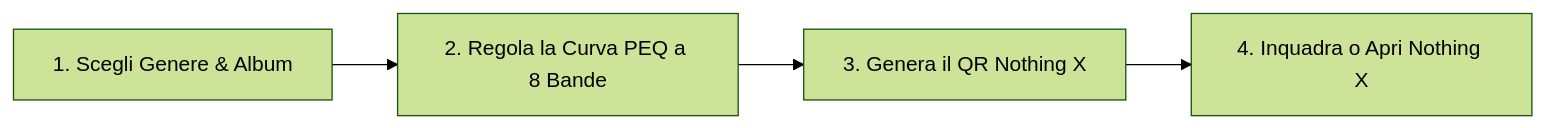
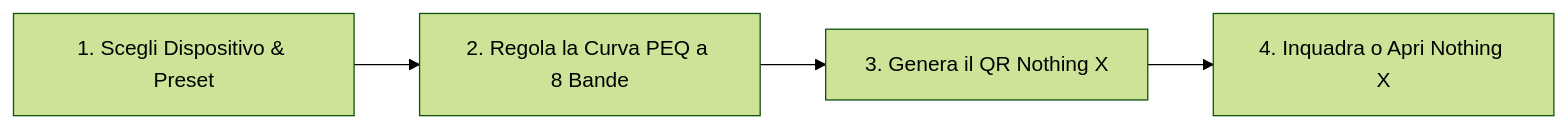
Before and after one commit to sokkaUmB/sound-studio-1-pro: the diagram in README.it.md, drawn with Mermaid (forest theme). The commit also changed other lines of this file and 5 other files, not shown here.

````diff
--- a/README.it.md
+++ b/README.it.md
@@ -71,6 +151,6 @@
 ```mermaid
 flowchart LR
-    A["1. Scegli Genere & Album"] --> B["2. Regola la Curva PEQ a 8 Bande"]
+    A["1. Scegli Dispositivo & Preset"] --> B["2. Regola la Curva PEQ a 8 Bande"]
     B --> C["3. Genera il QR Nothing X"]
     C --> D["4. Inquadra o Apri Nothing X"]
 ```
````
